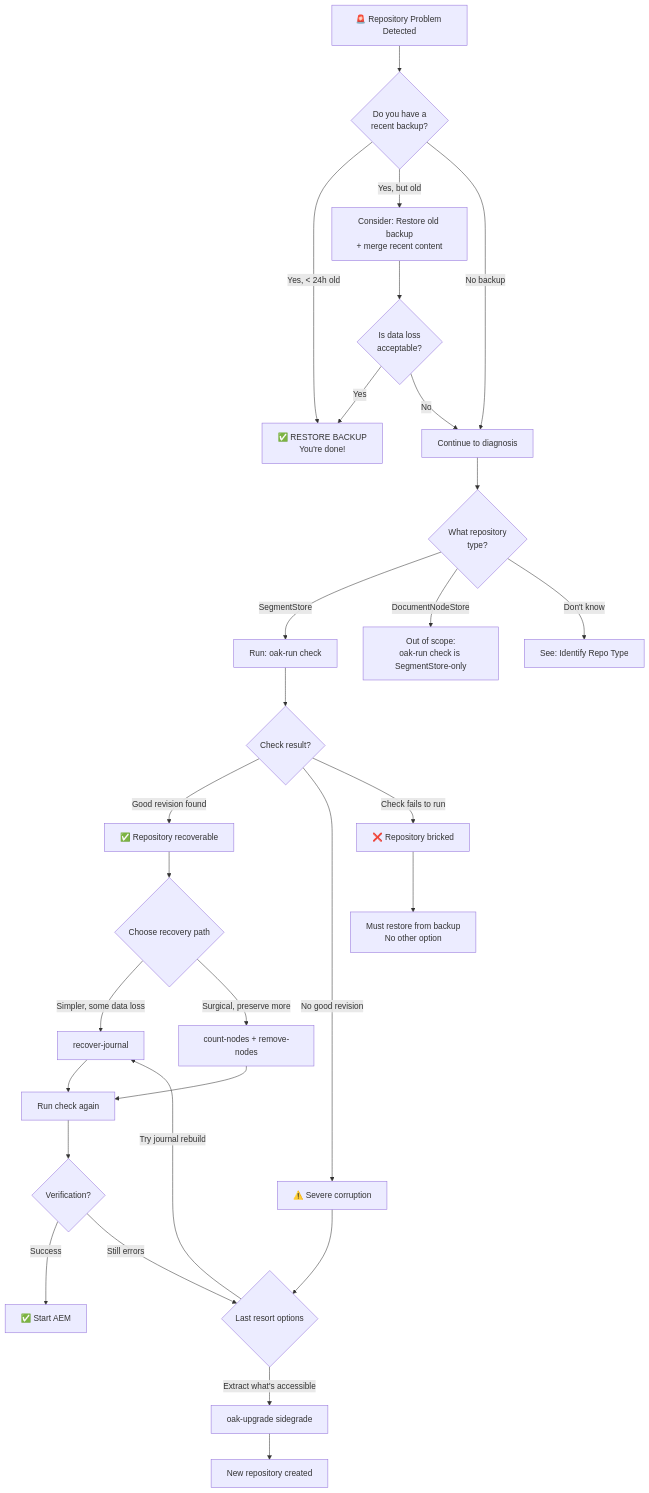
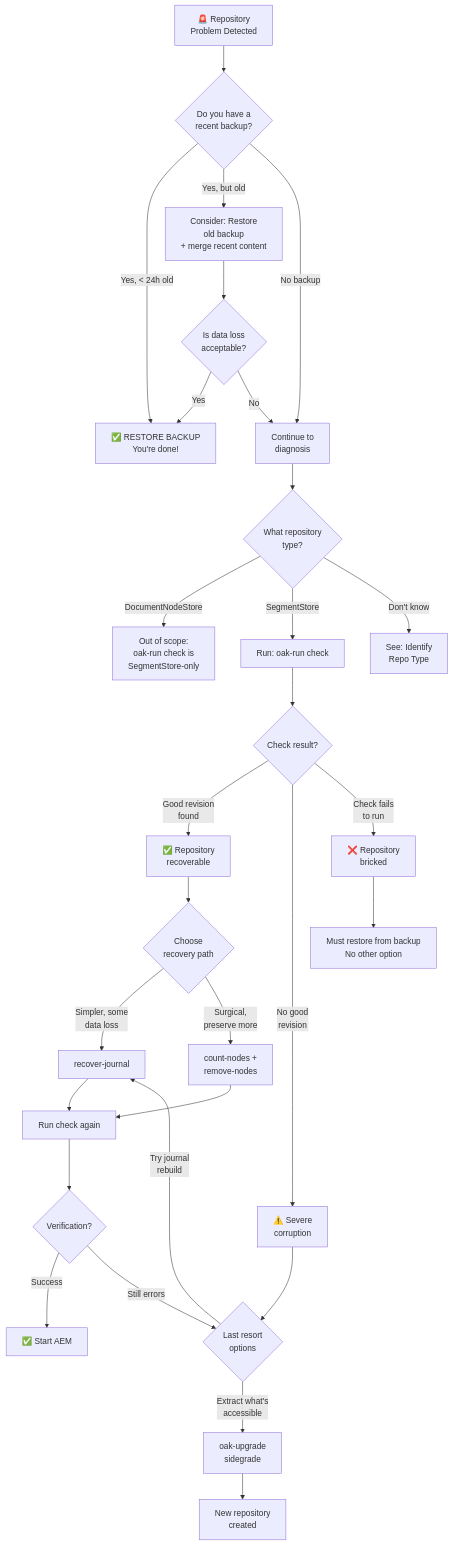
The diagram in docs/crisis/decision-tree.md (somarc/oak-magnum-oakus), drawn with Mermaid before and after one commit. The commit also changed 24 other files, not shown here.

````diff
--- a/docs/crisis/decision-tree.md
+++ b/docs/crisis/decision-tree.md
@@ -5,44 +5,44 @@
 ```mermaid
 flowchart TD
-    START[🚨 Repository Problem Detected] --> BACKUP{Do you have a<br/>recent backup?}
+    START[🚨 Repository<br/>Problem Detected] --> BACKUP{Do you have a<br/>recent backup?}
     
     BACKUP -->|Yes, < 24h old| RESTORE[✅ RESTORE BACKUP<br/>You're done!]
-    BACKUP -->|Yes, but old| OLD_BACKUP[Consider: Restore old backup<br/>+ merge recent content]
-    BACKUP -->|No backup| NO_BACKUP[Continue to diagnosis]
+    BACKUP -->|Yes, but old| OLD_BACKUP[Consider: Restore<br/>old backup<br/>+ merge recent content]
+    BACKUP -->|No backup| NO_BACKUP[Continue to<br/>diagnosis]
     
     OLD_BACKUP --> ACCEPTABLE{Is data loss<br/>acceptable?}
     ACCEPTABLE -->|Yes| RESTORE
     ACCEPTABLE -->|No| NO_BACKUP
     
     NO_BACKUP --> IDENTIFY{What repository<br/>type?}
     
+    IDENTIFY -->|DocumentNodeStore| CHECK_DOC[Out of scope:<br/>oak-run check is<br/>SegmentStore-only]
     IDENTIFY -->|SegmentStore| CHECK_SEG[Run: oak-run check]
-    IDENTIFY -->|DocumentNodeStore| CHECK_DOC[Out of scope:<br/>oak-run check is SegmentStore-only]
-    IDENTIFY -->|Don't know| IDENTIFY_HELP[See: Identify Repo Type]
+    IDENTIFY -->|Don't know| IDENTIFY_HELP[See: Identify<br/>Repo Type]
     
     CHECK_SEG --> CHECK_RESULT{Check result?}
     
-    CHECK_RESULT -->|Good revision found| GOOD_REV[✅ Repository recoverable]
-    CHECK_RESULT -->|No good revision| NO_REV[⚠️ Severe corruption]
-    CHECK_RESULT -->|Check fails to run| BRICKED[❌ Repository bricked]
+    CHECK_RESULT -->|Good revision<br/>found| GOOD_REV[✅ Repository<br/>recoverable]
+    CHECK_RESULT -->|No good<br/>revision| NO_REV[⚠️ Severe<br/>corruption]
+    CHECK_RESULT -->|Check fails<br/>to run| BRICKED[❌ Repository<br/>bricked]
     
-    GOOD_REV --> RECOVERY_PATH{Choose recovery path}
+    GOOD_REV --> RECOVERY_PATH{Choose<br/>recovery path}
     
-    RECOVERY_PATH -->|Simpler, some data loss| RECOVER_JOURNAL[recover-journal]
-    RECOVERY_PATH -->|Surgical, preserve more| SURGICAL[count-nodes + remove-nodes]
+    RECOVERY_PATH -->|Simpler, some<br/>data loss| RECOVER_JOURNAL[recover-journal]
+    RECOVERY_PATH -->|Surgical,<br/>preserve more| SURGICAL[count-nodes +<br/>remove-nodes]
     
-    NO_REV --> LAST_RESORT{Last resort options}
+    NO_REV --> LAST_RESORT{Last resort<br/>options}
     
-    LAST_RESORT -->|Try journal rebuild| RECOVER_JOURNAL
-    LAST_RESORT -->|Extract what's accessible| SIDEGRADE[oak-upgrade sidegrade]
+    LAST_RESORT -->|Try journal<br/>rebuild| RECOVER_JOURNAL
+    LAST_RESORT -->|Extract what's<br/>accessible| SIDEGRADE[oak-upgrade<br/>sidegrade]
     
     BRICKED --> MUST_RESTORE[Must restore from backup<br/>No other option]
     
     RECOVER_JOURNAL --> VERIFY[Run check again]
     SURGICAL --> VERIFY
-    SIDEGRADE --> NEW_REPO[New repository created]
+    SIDEGRADE --> NEW_REPO[New repository<br/>created]
     
     VERIFY --> VERIFY_RESULT{Verification?}
     VERIFY_RESULT -->|Success| DONE[✅ Start AEM]
     VERIFY_RESULT -->|Still errors| LAST_RESORT
 ```
````
